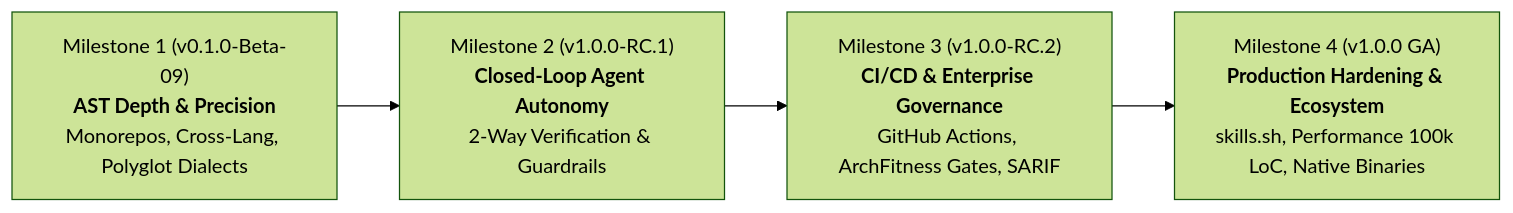
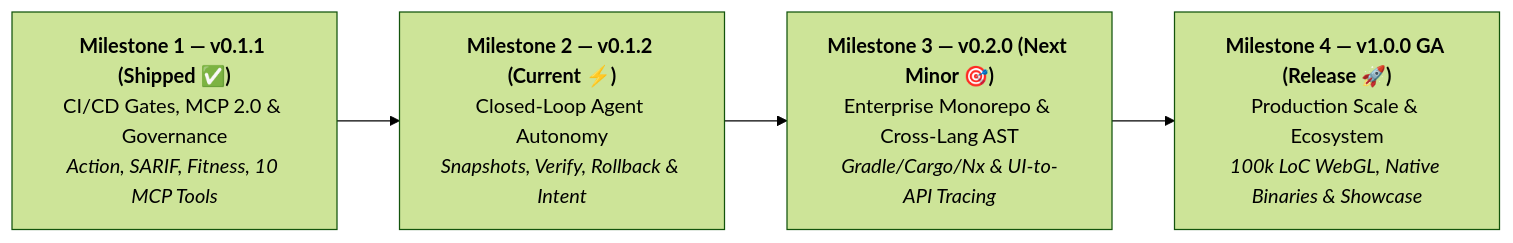
The diagram in ROADMAP.md (fmatar/archlens), drawn with Mermaid (forest theme) before and after one commit. The commit also changed other lines of this file and 11 other files, not shown here.

Commit message:
feat(roadmap,mailbox): realign roadmap to SemVer and add polyglot test runner gate (#1662)

````diff
--- a/ROADMAP.md
+++ b/ROADMAP.md
@@ -9,9 +9,9 @@
 ```mermaid
 flowchart LR
-    M1["Milestone 1 (v0.1.0-Beta-09)<br/><b>AST Depth & Precision</b><br/>Monorepos, Cross-Lang, Polyglot Dialects"]
-    M2["Milestone 2 (v1.0.0-RC.1)<br/><b>Closed-Loop Agent Autonomy</b><br/>2-Way Verification & Guardrails"]
-    M3["Milestone 3 (v1.0.0-RC.2)<br/><b>CI/CD & Enterprise Governance</b><br/>GitHub Actions, ArchFitness Gates, SARIF"]
-    M4["Milestone 4 (v1.0.0 GA)<br/><b>Production Hardening & Ecosystem</b><br/>skills.sh, Performance 100k LoC, Native Binaries"]
+    M1["<b>Milestone 1 — v0.1.1 (Shipped ✅)</b><br/>CI/CD Gates, MCP 2.0 & Governance<br/><i>Action, SARIF, Fitness, 10 MCP Tools</i>"]
+    M2["<b>Milestone 2 — v0.1.2 (Current ⚡)</b><br/>Closed-Loop Agent Autonomy<br/><i>Snapshots, Verify, Rollback & Intent</i>"]
+    M3["<b>Milestone 3 — v0.2.0 (Next Minor 🎯)</b><br/>Enterprise Monorepo & Cross-Lang AST<br/><i>Gradle/Cargo/Nx & UI-to-API Tracing</i>"]
+    M4["<b>Milestone 4 — v1.0.0 GA (Release 🚀)</b><br/>Production Scale & Ecosystem<br/><i>100k LoC WebGL, Native Binaries & Showcase</i>"]
 
     M1 --> M2 --> M3 --> M4
 ```
````
